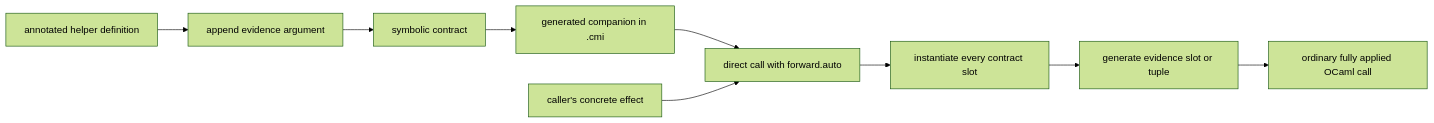
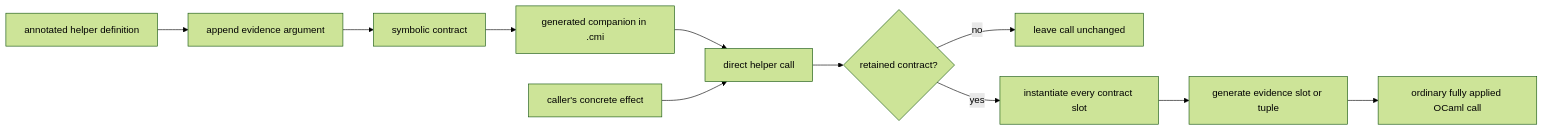
One commit to hamlet-org/hamlet-lint changed the second of 2 diagrams in docs/architecture.md. Above: the diagram before and after it, drawn with Mermaid (forest theme). The commit also changed other lines of this file and 32 other files, not shown here.

````diff
--- a/docs/architecture.md
+++ b/docs/architecture.md
@@ -135,11 +135,13 @@
 ```mermaid
 flowchart LR
     Def[annotated helper definition] --> Rewrite[append evidence argument]
     Rewrite --> Contract[symbolic contract]
     Contract --> CMI[generated companion in .cmi]
-    CMI --> Call[direct call with forward.auto]
+    CMI --> Call[direct helper call]
     Concrete[caller's concrete effect] --> Call
-    Call --> Instantiate[instantiate every contract slot]
+    Call --> Classify{retained contract?}
+    Classify -->|no| Ordinary[leave call unchanged]
+    Classify -->|yes| Instantiate[instantiate every contract slot]
     Instantiate --> Bundle[generate evidence slot or tuple]
     Bundle --> TypedCall[ordinary fully applied OCaml call]
 ```
````
